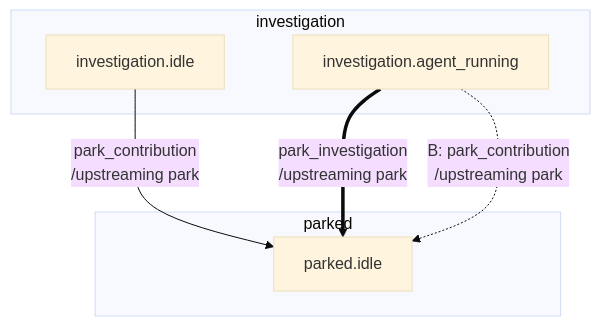
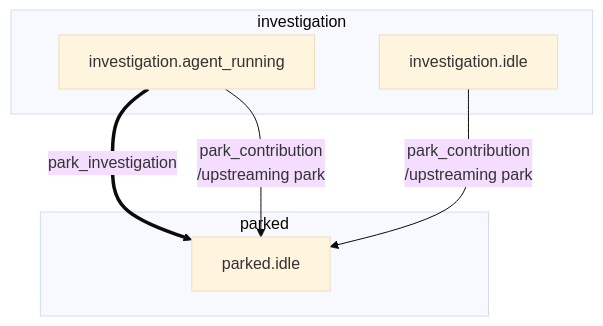
Before and after one commit to riseproject-dev/porting-agent: diagram 13 of 52 in docs/state-machine/decisions.md, drawn with Mermaid (base theme). The commit also changed other lines of this file and 9 other files, not shown here.

````diff
--- a/docs/state-machine/decisions.md
+++ b/docs/state-machine/decisions.md
@@ -367,14 +320,14 @@
 ```mermaid
 flowchart TB
     subgraph investigation["investigation"]
         investigation_idle["investigation.idle"]
         investigation_agent_running["investigation.agent_running"]
     end
     subgraph parked["parked"]
         parked_idle["parked.idle"]
     end
 
-    investigation_agent_running ==>|park_investigation<br/>/upstreaming park| parked_idle
+    investigation_agent_running ==>|park_investigation| parked_idle
+    investigation_agent_running -->|park_contribution<br/>/upstreaming park| parked_idle
     investigation_idle -->|park_contribution<br/>/upstreaming park| parked_idle
-    investigation_agent_running -.->|"B: park_contribution<br/>/upstreaming park"| parked_idle
 ```
````
